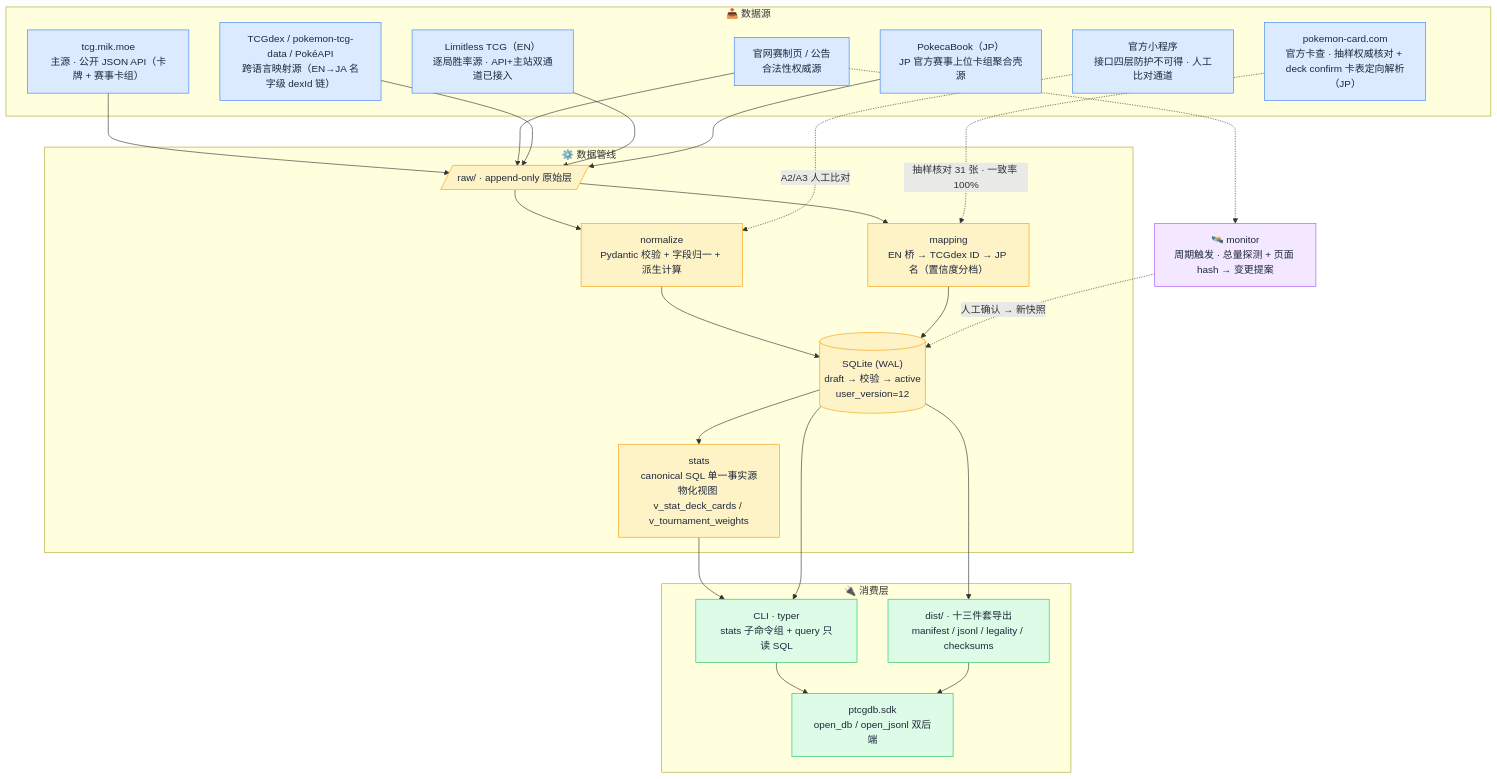
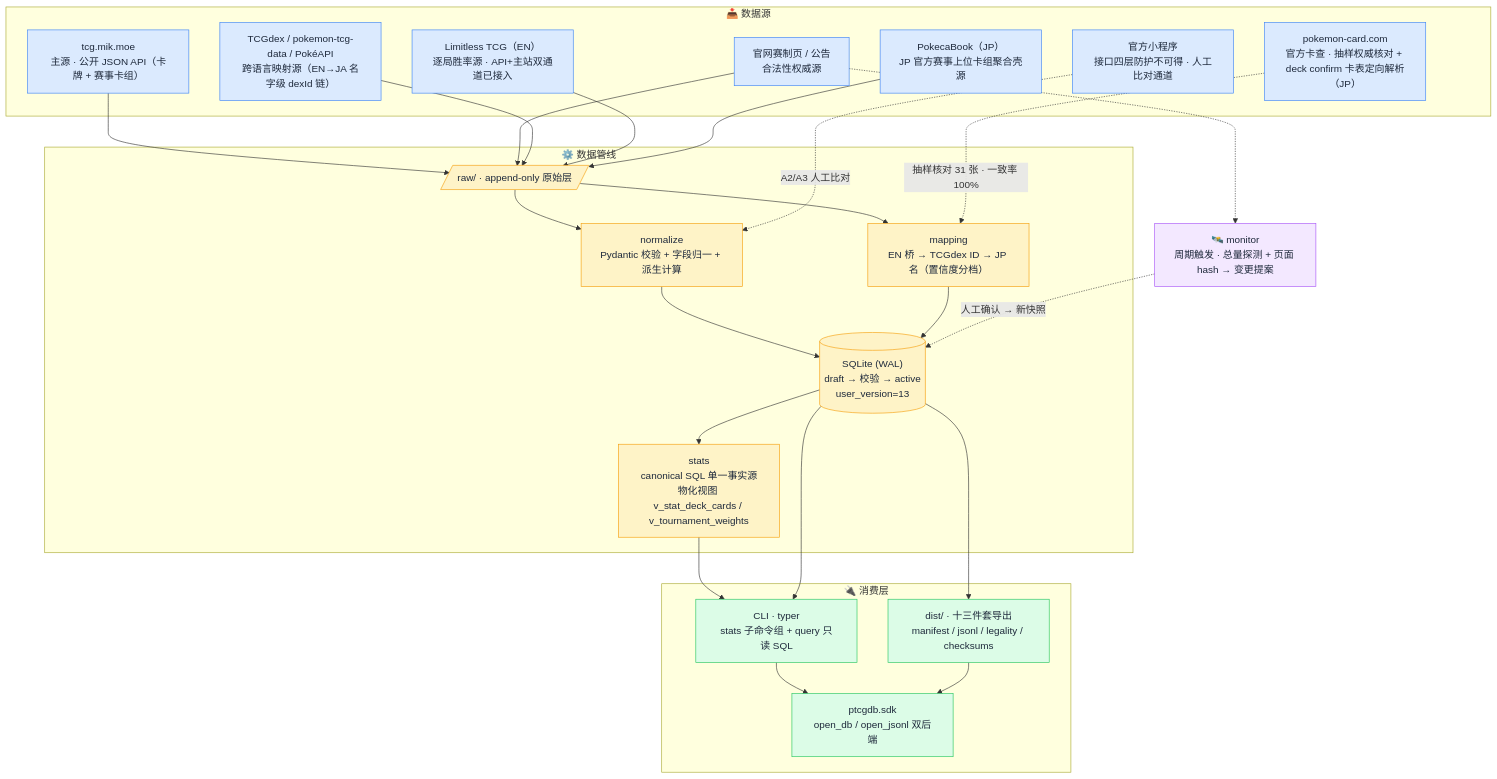
The diagram in README.md (Bingtuu/ptcg-cn-db), drawn with Mermaid before and after one commit. The commit also changed other lines of this file and 20 other files, not shown here.

First line of the commit message:
task(041): pairings 消费层——镜像剔除实装 + matchup 对阵矩阵（Phase 4 开工 M12-1，PRD v1.25，user_version=13）

````diff
--- a/README.md
+++ b/README.md
@@ -93,55 +107,55 @@
 ```mermaid
 flowchart TB
     subgraph SRC["📥 数据源"]
         A["tcg.mik.moe<br/>主源 · 公开 JSON API（卡牌 + 赛事卡组）"]
         B["官网赛制页 / 公告<br/>合法性权威源"]
         C["官方小程序<br/>接口四层防护不可得 · 人工比对通道"]
         D["TCGdex / pokemon-tcg-data / PokéAPI<br/>跨语言映射源（EN→JA 名字级 dexId 链）"]
         E["pokemon-card.com<br/>官方卡查 · 抽样权威核对 + deck confirm 卡表定向解析（JP）"]
         F["Limitless TCG（EN）<br/>逐局胜率源 · API+主站双通道已接入"]
         G["PokecaBook（JP）<br/>JP 官方赛事上位卡组聚合壳源"]
     end
 
     subgraph PIPE["⚙️ 数据管线"]
         RAW[/"raw/ · append-only 原始层"/]
         NORM["normalize<br/>Pydantic 校验 + 字段归一 + 派生计算"]
         MAP["mapping<br/>EN 桥 → TCGdex ID → JP 名（置信度分档）"]
-        DB[("SQLite (WAL)<br/>draft → 校验 → active<br/>user_version=12")]
+        DB[("SQLite (WAL)<br/>draft → 校验 → active<br/>user_version=13")]
         STATS["stats<br/>canonical SQL 单一事实源<br/>物化视图 v_stat_deck_cards / v_tournament_weights"]
     end
 
     subgraph OUT["🔌 消费层"]
         CLI["CLI · typer<br/>stats 子命令组 + query 只读 SQL"]
         DIST["dist/ · 十三件套导出<br/>manifest / jsonl / legality / checksums"]
         SDK["ptcgdb.sdk<br/>open_db / open_jsonl 双后端"]
     end
 
     MON["🛰️ monitor<br/>周期触发 · 总量探测 + 页面 hash → 变更提案"]
 
     A --> RAW
     B --> RAW
     D --> RAW
     F --> RAW
     G --> RAW
     RAW --> NORM --> DB
     RAW --> MAP --> DB
     E -.->|抽样核对 31 张 · 一致率 100%| MAP
     C -.->|A2/A3 人工比对| NORM
     DB --> STATS
     STATS --> CLI
     DB --> CLI
     DB --> DIST
     CLI --> SDK
     DIST --> SDK
     B -.-> MON
     MON -.->|人工确认 → 新快照| DB
 
     classDef source fill:#dbeafe,stroke:#3b82f6,color:#1e293b;
     classDef pipe fill:#fef3c7,stroke:#f59e0b,color:#1e293b;
     classDef out fill:#dcfce7,stroke:#22c55e,color:#1e293b;
     classDef mon fill:#f3e8ff,stroke:#a855f7,color:#1e293b;
     class A,B,C,D,E,F,G source;
     class RAW,NORM,MAP,DB,STATS pipe;
     class CLI,DIST,SDK out;
     class MON mon;
 ```
````
